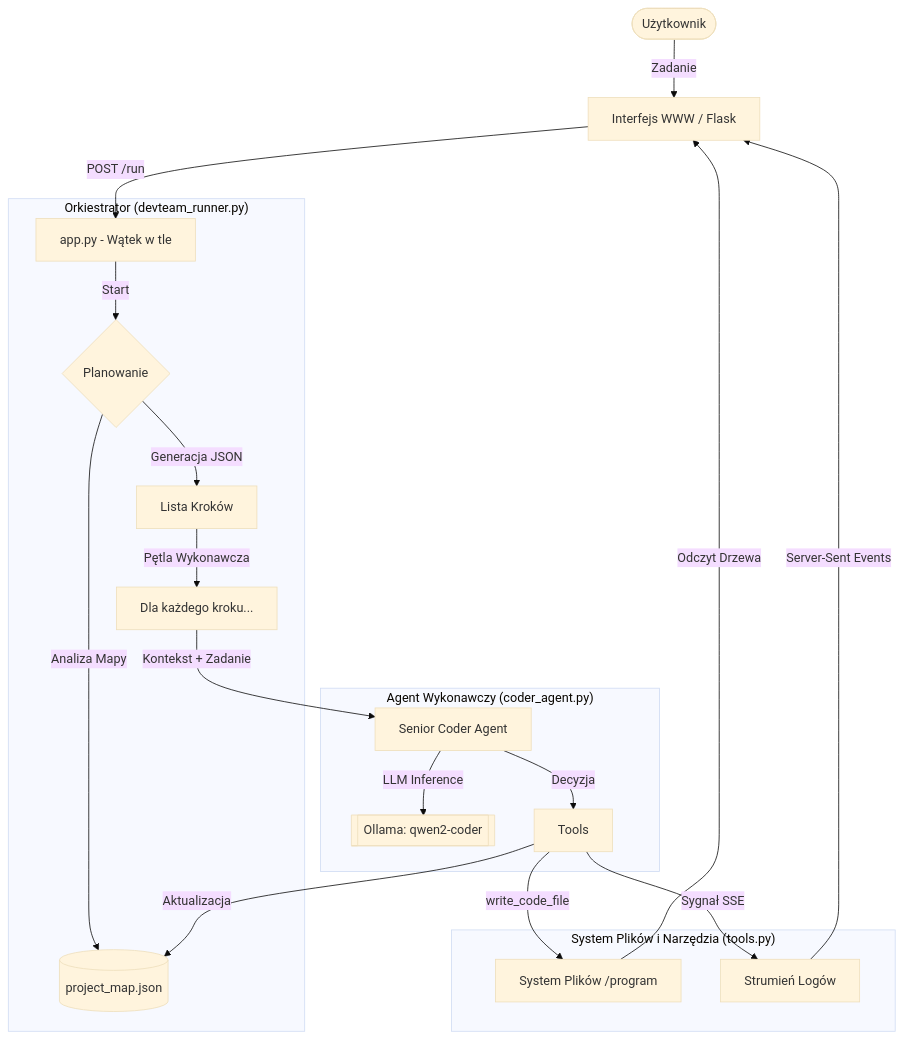
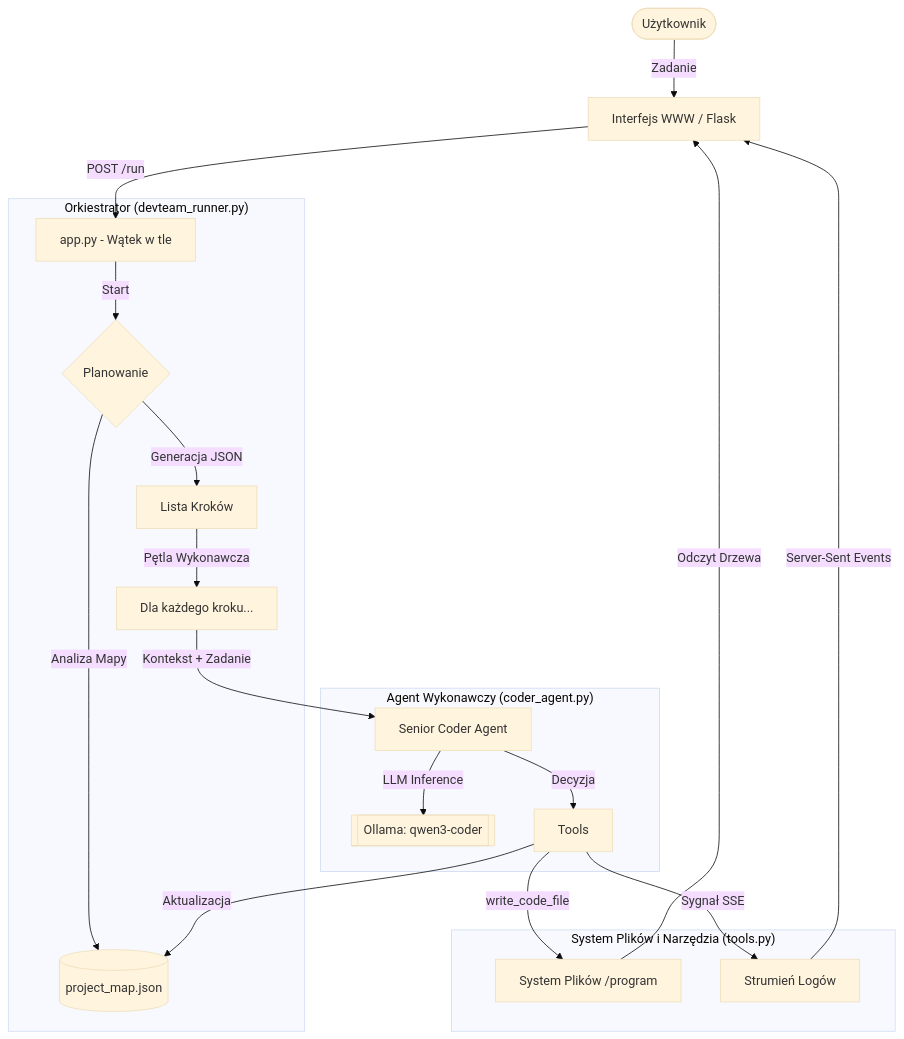
The diagram in README.md (rafal1338/AIagent), drawn with Mermaid (base theme) before and after one commit.

````diff
--- a/README.md
+++ b/README.md
@@ -11,30 +11,30 @@
 ```mermaid
 graph TD
     User([Użytkownik]) -->|Zadanie| UI[Interfejs WWW / Flask]
     UI -->|POST /run| App[app.py - Wątek w tle]
     
     subgraph "Orkiestrator (devteam_runner.py)"
         App -->|Start| Planner{Planowanie}
         Planner -->|Analiza Mapy| KB[(project_map.json)]
         Planner -->|Generacja JSON| Steps[Lista Kroków]
         
         Steps -->|Pętla Wykonawcza| Loop[Dla każdego kroku...]
     end
     
     subgraph "Agent Wykonawczy (coder_agent.py)"
         Loop -->|Kontekst + Zadanie| Coder[Senior Coder Agent]
-        Coder -->|LLM Inference| Ollama[[Ollama: qwen2-coder]]
+        Coder -->|LLM Inference| Ollama[[Ollama: qwen3-coder]]
         
         Coder -->|Decyzja| Tools
     end
     
     subgraph "System Plików i Narzędzia (tools.py)"
         Tools -->|write_code_file| FS[System Plików /program]
         Tools -->|Aktualizacja| KB
         Tools -->|Sygnał SSE| LogStream[Strumień Logów]
     end
     
     LogStream -->|Server-Sent Events| UI
     FS -->|Odczyt Drzewa| UI
 
 ```
````
